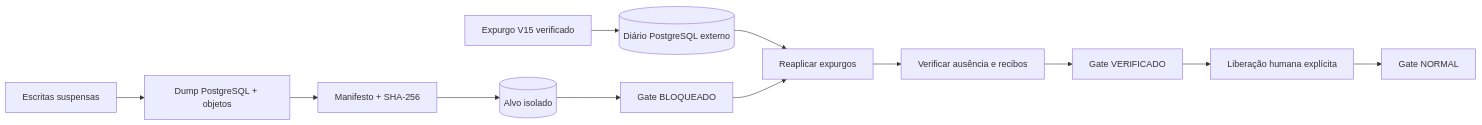
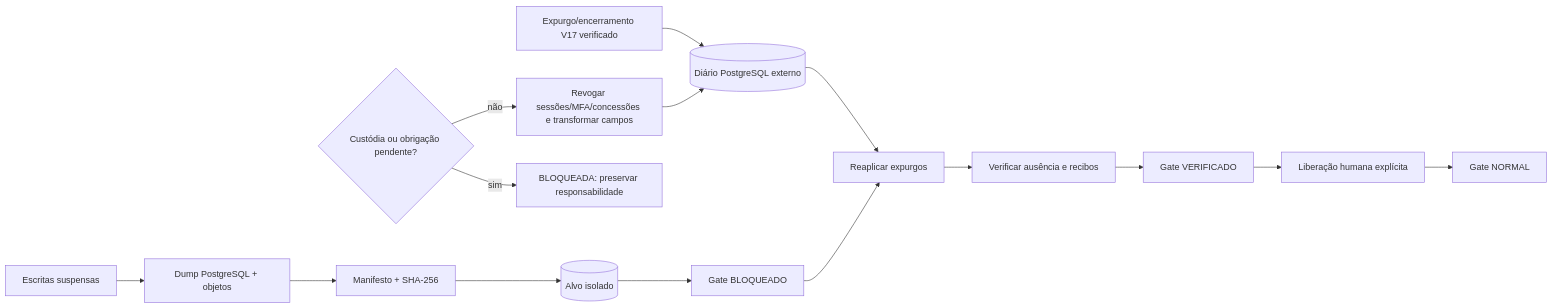
Before and after one commit to Kayquebrigadeiro/Exameperto: the third of 18 diagrams in docs/DIAGRAMAS.md, drawn with Mermaid. The commit also changed other lines of this file and 18 other files, not shown here.

````diff
--- a/docs/DIAGRAMAS.md
+++ b/docs/DIAGRAMAS.md
@@ -60,14 +60,17 @@
 ```mermaid
 flowchart LR
   Q[Escritas suspensas] --> B[Dump PostgreSQL + objetos]
   B --> M[Manifesto + SHA-256]
-  X[Expurgo V15 verificado] --> J[(Diário PostgreSQL externo)]
+  X[Expurgo/encerramento V17 verificado] --> J[(Diário PostgreSQL externo)]
   M --> R[(Alvo isolado)]
   R --> G[Gate BLOQUEADO]
   J --> A[Reaplicar expurgos]
   G --> A
   A --> V[Verificar ausência e recibos]
   V --> E[Gate VERIFICADO]
   E --> L[Liberação humana explícita]
   L --> N[Gate NORMAL]
+  C{Custódia ou obrigação pendente?} -->|sim| K[BLOQUEADA: preservar responsabilidade]
+  C -->|não| T[Revogar sessões/MFA/concessões e transformar campos]
+  T --> J
 ```
````
